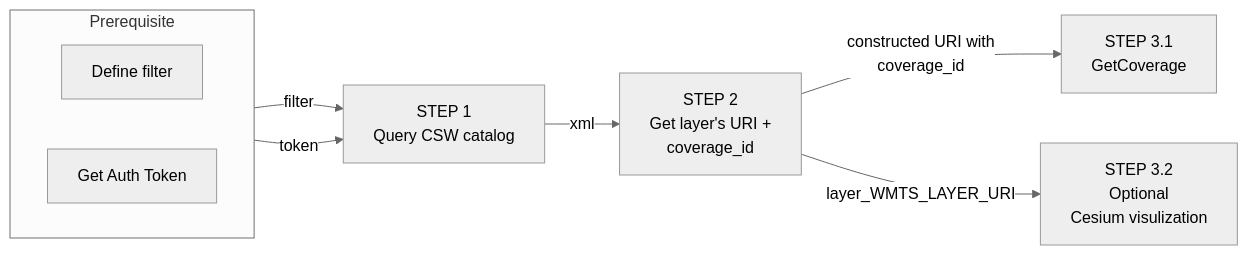
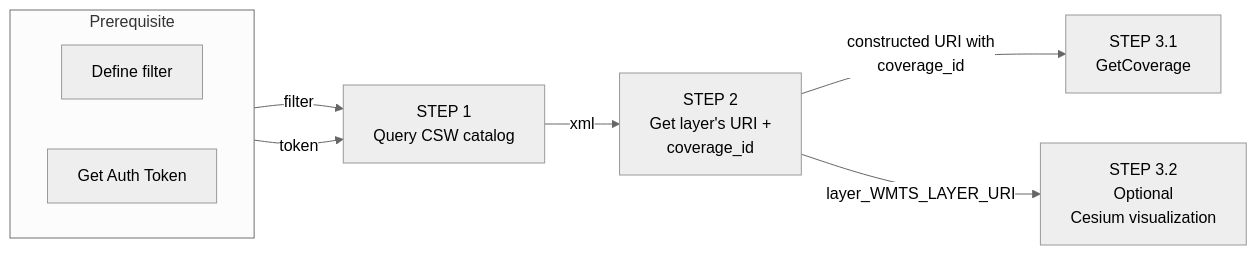
The diagram in docs/getting-started/get_start_dem.md (MapColonies/developer-portal), drawn with Mermaid (neutral theme) before and after one commit. The commit also changed other lines of this file and 22 other files, not shown here.

````diff
--- a/docs/getting-started/get_start_dem.md
+++ b/docs/getting-started/get_start_dem.md
@@ -12,14 +12,14 @@
 ```mermaid
 flowchart LR
     subgraph  Prerequisite
       direction LR
       a1[Define filter]
       a2[Get Auth Token]
     end
 
     a1 -- filter --> B[STEP 1<br/> Query CSW catalog]
     a2 -- token --> B
     B -- xml --> C[STEP 2<br/>Get layer's URI +<br/> coverage_id]
     C -- constructed URI with<br/> coverage_id --> D1[STEP 3.1<br/>GetCoverage]
-    C -- layer_WMTS_LAYER_URI --> D2[STEP 3.2 <br/>Optional<br/>Cesium visulization]
+    C -- layer_WMTS_LAYER_URI --> D2[STEP 3.2 <br/>Optional<br/>Cesium visualization]
 ```
````
